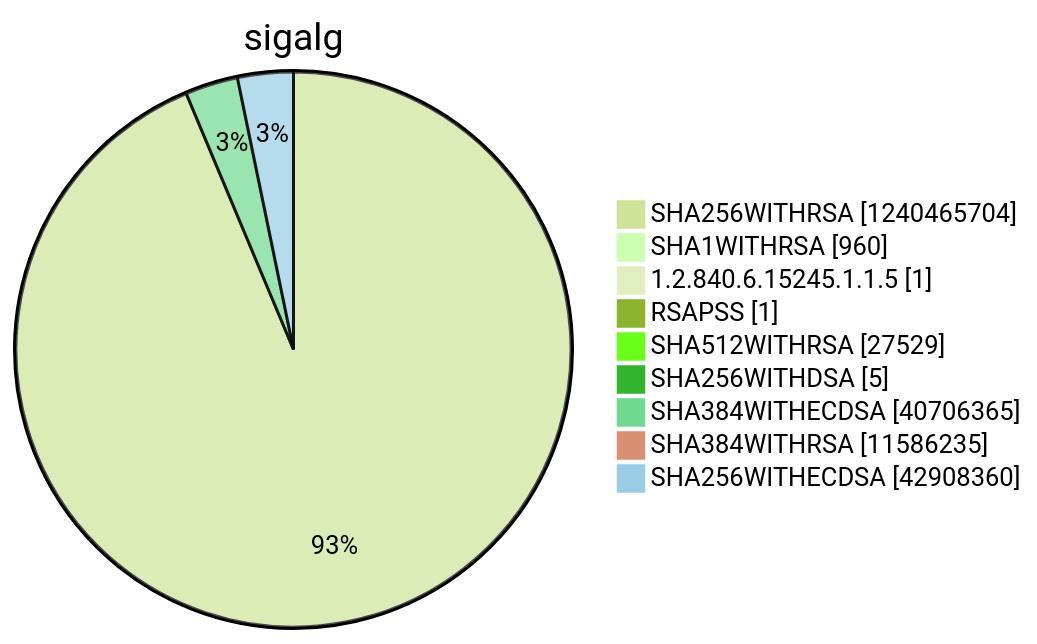
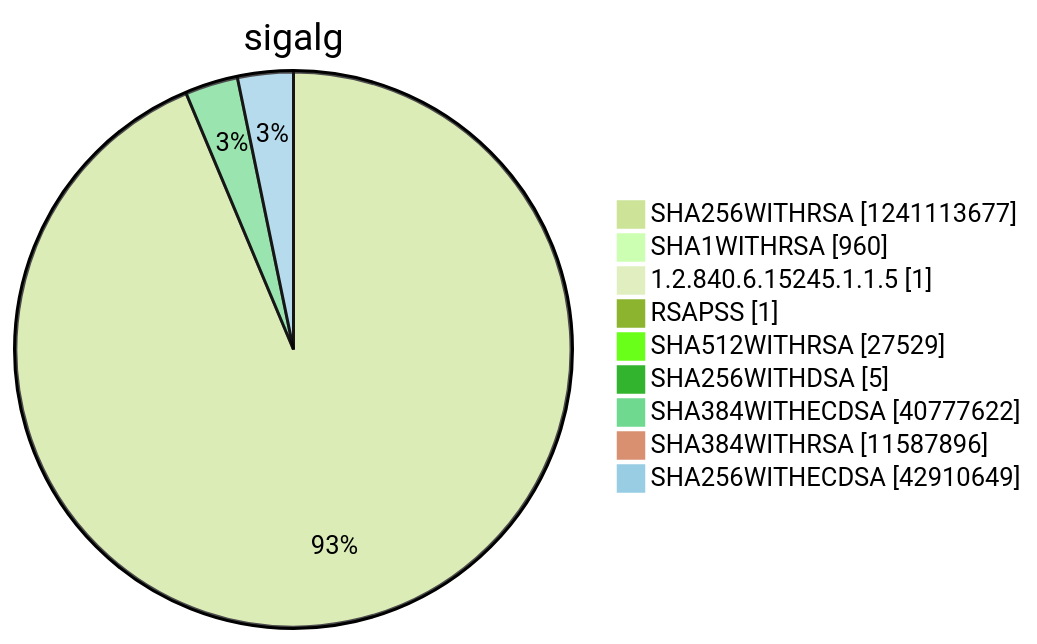
One commit to christiankrug/ctmonitor_visualization changed diagram 15 of 15 in argon2022/README.md. Above: the diagram before and after it, drawn with Mermaid (forest theme). The commit also changed other lines of this file, not shown here.

````diff
--- a/argon2022/README.md
+++ b/argon2022/README.md
@@ -5522,13 +5522,13 @@
 ```mermaid
 pie showData
 title sigalg
-"SHA256WITHRSA" :1240465704
+"SHA256WITHRSA" :1241113677
 "SHA1WITHRSA" :960
 "1.2.840.6.15245.1.1.5" :1
 "RSAPSS" :1
 "SHA512WITHRSA" :27529
 "SHA256WITHDSA" :5
-"SHA384WITHECDSA" :40706365
-"SHA384WITHRSA" :11586235
-"SHA256WITHECDSA" :42908360
+"SHA384WITHECDSA" :40777622
+"SHA384WITHRSA" :11587896
+"SHA256WITHECDSA" :42910649
 ```
````
